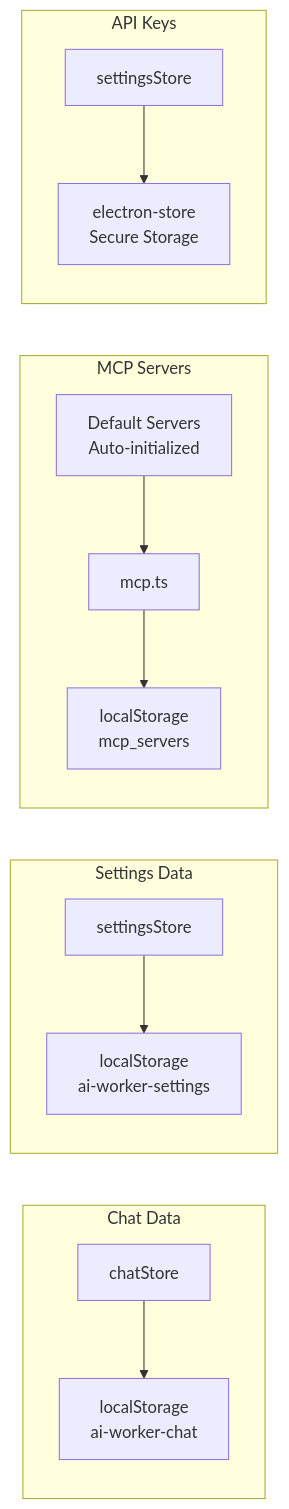
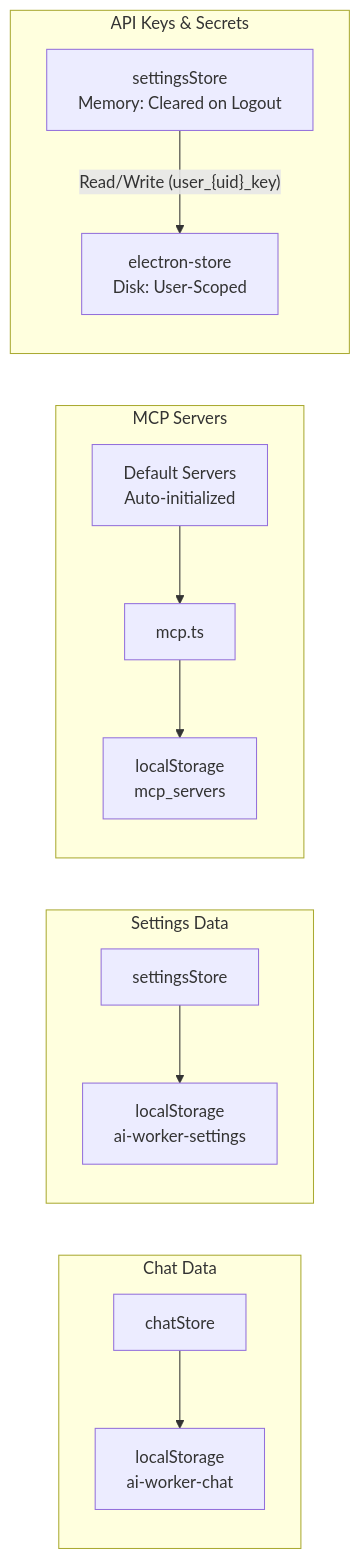
Before and after one commit to meharajM/ai-worker.app: diagram 18 of 23 in architecture.md, drawn with Mermaid. The commit also changed other lines of this file and 19 other files, not shown here.

Commit message:
feat: Implement user authentication and Firebase integration for user-scoped settings and MCP server management, including environment variable support.

````diff
--- a/architecture.md
+++ b/architecture.md
@@ -632,30 +632,30 @@
 ```mermaid
 graph LR
     subgraph "Chat Data"
         ChatStore[chatStore]
         ChatLocalStorage[localStorage<br/>ai-worker-chat]
     end
 
     subgraph "Settings Data"
         SettingsStore[settingsStore]
         SettingsLocalStorage[localStorage<br/>ai-worker-settings]
     end
 
     subgraph "MCP Servers"
         MCPLib[mcp.ts]
         MCPStorage[localStorage<br/>mcp_servers]
         DefaultServers[Default Servers<br/>Auto-initialized]
     end
 
     DefaultServers --> MCPLib
 
-    subgraph "API Keys"
-        SettingsStore2[settingsStore]
-        ElectronStore2[electron-store<br/>Secure Storage]
+    subgraph "API Keys & Secrets"
+        SettingsStore2[settingsStore<br/>Memory: Cleared on Logout]
+        ElectronStore2[electron-store<br/>Disk: User-Scoped]
     end
 
     ChatStore --> ChatLocalStorage
     SettingsStore --> SettingsLocalStorage
     MCPLib --> MCPStorage
-    SettingsStore2 --> ElectronStore2
+    SettingsStore2 -->|"Read/Write (user_{uid}_key)"| ElectronStore2
 ```
````
